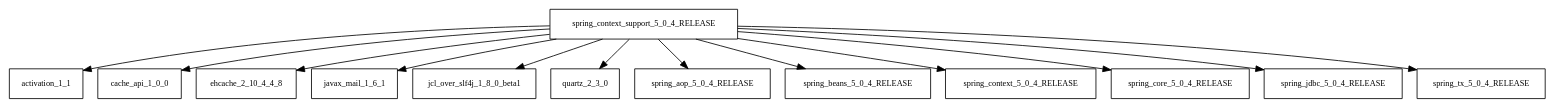
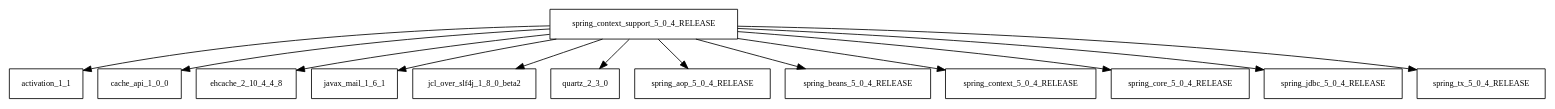
One commit to sjvs/cia changed the diagram in tattleTaleReport/graphviz/spring-context-support-5.0.4.RELEASE.jar/spring-context-support-5.0.4.RELEASE.jar.dot. Above: the diagram before and after it, drawn with Graphviz. The commit also changed 2794 other files, not shown here.

```diff
--- a/tattleTaleReport/graphviz/spring-context-support-5.0.4.RELEASE.jar/spring-context-support-5.0.4.RELEASE.jar.dot
+++ b/tattleTaleReport/graphviz/spring-context-support-5.0.4.RELEASE.jar/spring-context-support-5.0.4.RELEASE.jar.dot
@@ -1,15 +1,15 @@
 digraph spring_context_support_5_0_4_RELEASE_dependencies {
   node [shape = box, fontsize=10.0];
   spring_context_support_5_0_4_RELEASE -> activation_1_1;
   spring_context_support_5_0_4_RELEASE -> cache_api_1_0_0;
   spring_context_support_5_0_4_RELEASE -> ehcache_2_10_4_4_8;
   spring_context_support_5_0_4_RELEASE -> javax_mail_1_6_1;
-  spring_context_support_5_0_4_RELEASE -> jcl_over_slf4j_1_8_0_beta1;
+  spring_context_support_5_0_4_RELEASE -> jcl_over_slf4j_1_8_0_beta2;
   spring_context_support_5_0_4_RELEASE -> quartz_2_3_0;
   spring_context_support_5_0_4_RELEASE -> spring_aop_5_0_4_RELEASE;
   spring_context_support_5_0_4_RELEASE -> spring_beans_5_0_4_RELEASE;
   spring_context_support_5_0_4_RELEASE -> spring_context_5_0_4_RELEASE;
   spring_context_support_5_0_4_RELEASE -> spring_core_5_0_4_RELEASE;
   spring_context_support_5_0_4_RELEASE -> spring_jdbc_5_0_4_RELEASE;
   spring_context_support_5_0_4_RELEASE -> spring_tx_5_0_4_RELEASE;
 }
```
